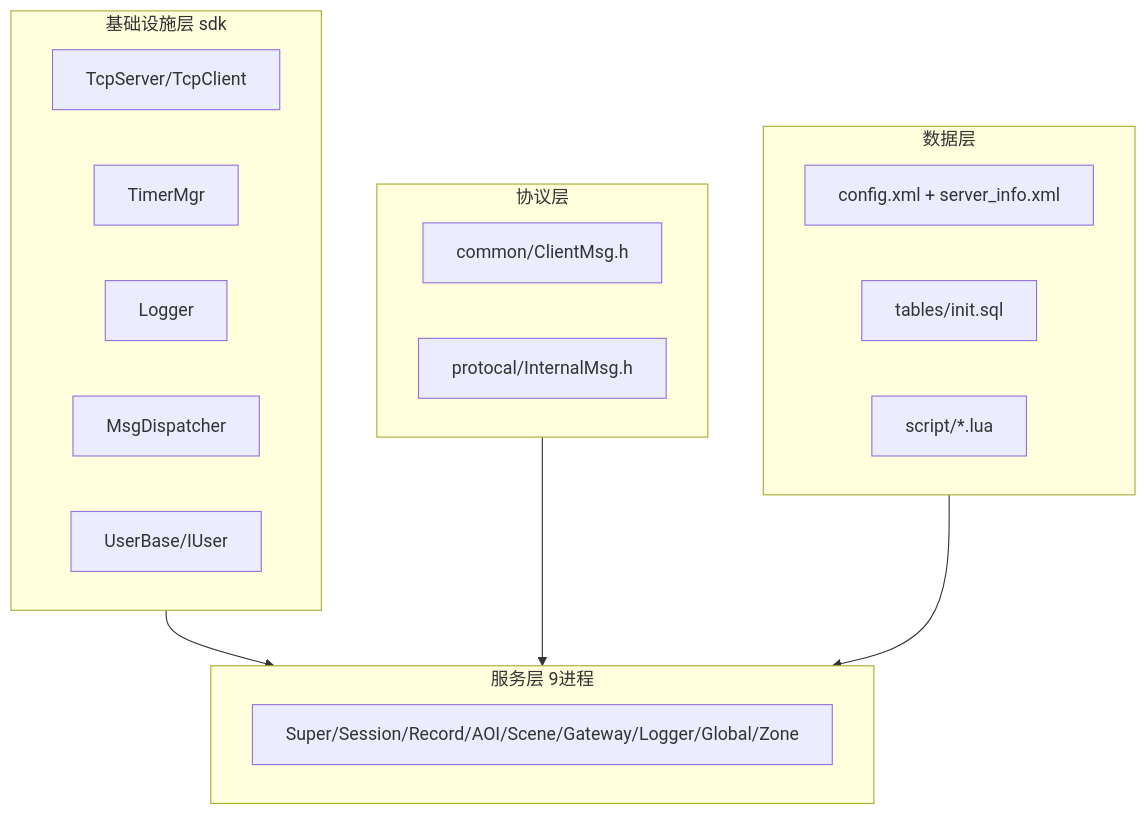
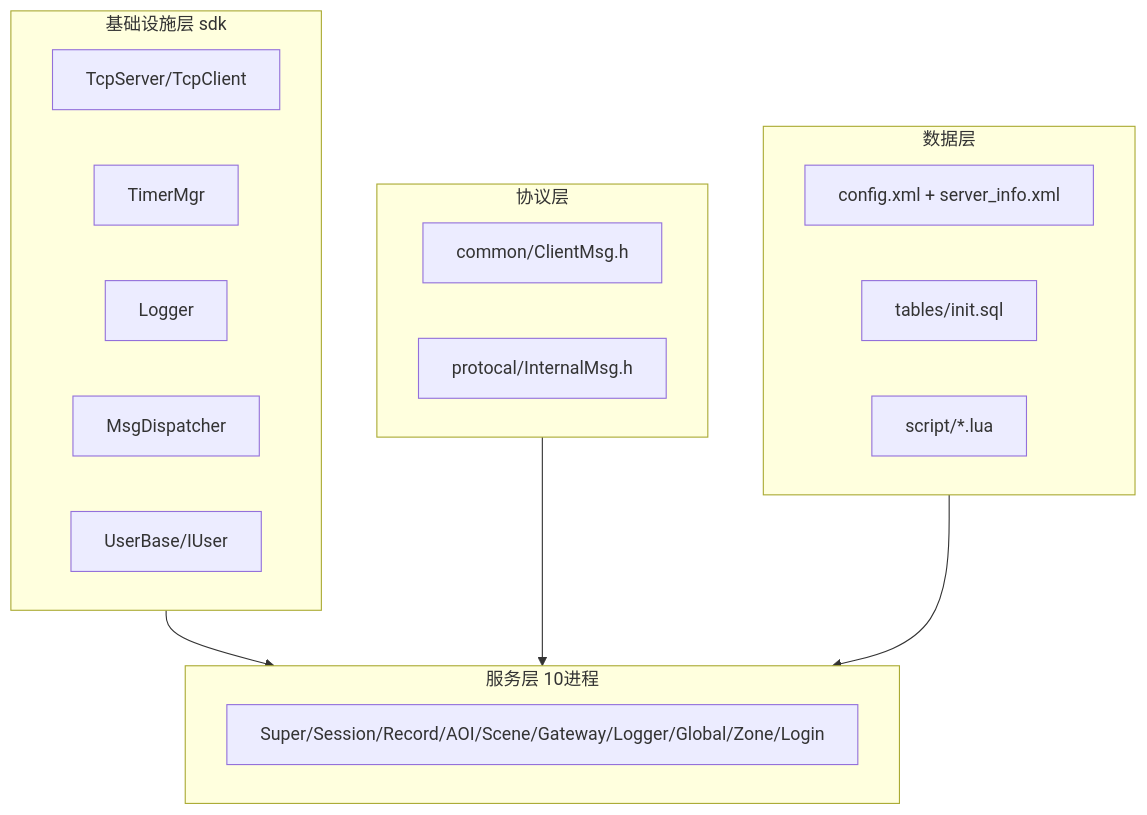
One commit to hechuangguo/RPG_Server changed the fifth of 5 diagrams in docs/ARCHITECTURE.md. Above: the diagram before and after it, drawn with Mermaid. The commit also changed other lines of this file and 18 other files, not shown here.

````diff
--- a/docs/ARCHITECTURE.md
+++ b/docs/ARCHITECTURE.md
@@ -385,29 +397,29 @@
 ```mermaid
 flowchart TB
     subgraph infra [基础设施层 sdk]
         Net[TcpServer/TcpClient]
         Timer[TimerMgr]
         Log[Logger]
         Disp[MsgDispatcher]
         User[UserBase/IUser]
     end
 
     subgraph proto [协议层]
         ClientProto[common/ClientMsg.h]
         InternalProto[protocal/InternalMsg.h]
     end
 
-    subgraph services [服务层 9进程]
-        SVC[Super/Session/Record/AOI/Scene/Gateway/Logger/Global/Zone]
+    subgraph services [服务层 10进程]
+        SVC[Super/Session/Record/AOI/Scene/Gateway/Logger/Global/Zone/Login]
     end
 
     subgraph data [数据层]
         XML[config.xml + server_info.xml]
         SQL[tables/init.sql]
         LuaScript[script/*.lua]
     end
 
     infra --> services
     proto --> services
     data --> services
 ```
````
